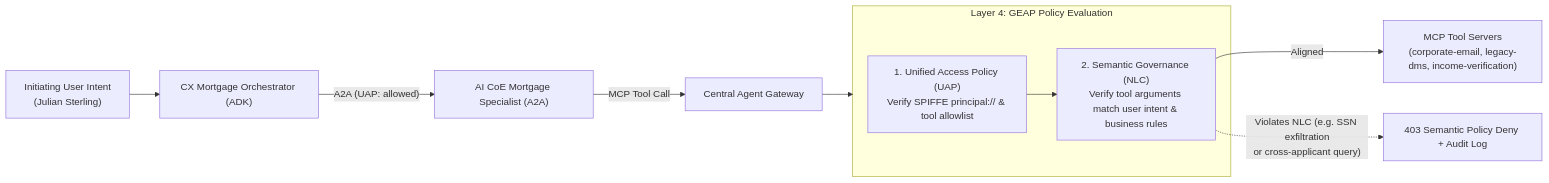
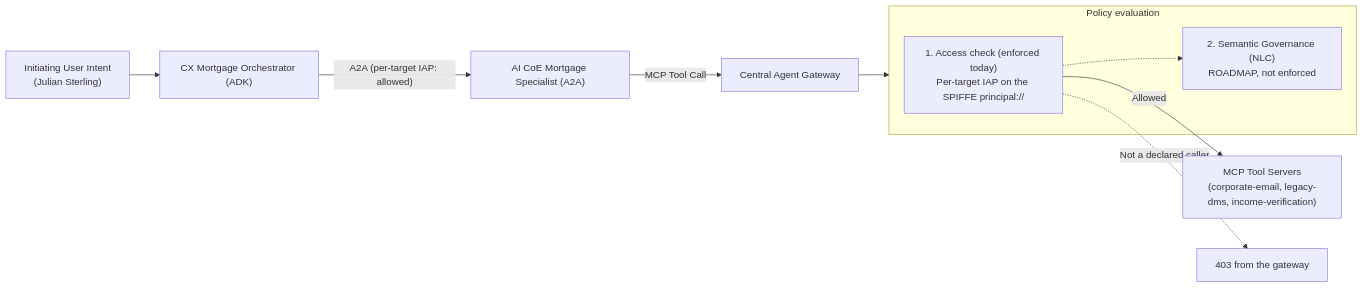
Before and after one commit to google/esmeralda: the third of 3 diagrams in docs/src/3-agentops-and-lifecycle/04-capability-based-governance.md, drawn with Mermaid. The commit also changed other lines of this file and 15 other files, not shown here.

First line of the commit message:
docs(governance): mark semantic governance (NLC) as manifest only, not enforced (#256)

````diff
--- a/docs/src/3-agentops-and-lifecycle/04-capability-based-governance.md
+++ b/docs/src/3-agentops-and-lifecycle/04-capability-based-governance.md
@@ -152,14 +167,14 @@
 ```mermaid
 flowchart LR
     U["Initiating User Intent<br/>(Julian Sterling)"] --> ORCH["CX Mortgage Orchestrator (ADK)"]
-    ORCH -->|"A2A (UAP: allowed)"| SPEC["AI CoE Mortgage Specialist (A2A)"]
+    ORCH -->|"A2A (per-target IAP: allowed)"| SPEC["AI CoE Mortgage Specialist (A2A)"]
     SPEC -->|"MCP Tool Call"| AGW["Central Agent Gateway"]
-    subgraph GEAP["Layer 4: GEAP Policy Evaluation"]
-        UAP["1. Unified Access Policy (UAP)<br/>Verify SPIFFE principal:// & tool allowlist"]
-        NLC["2. Semantic Governance (NLC)<br/>Verify tool arguments match user intent & business rules"]
-        UAP --> NLC
+    subgraph GEAP["Policy evaluation"]
+        UAP["1. Access check (enforced today)<br/>Per-target IAP on the SPIFFE principal://"]
+        NLC["2. Semantic Governance (NLC)<br/>ROADMAP, not enforced"]
+        UAP -.-> NLC
     end
     AGW --> GEAP
-    NLC -->|"Aligned"| MCP["MCP Tool Servers<br/>(corporate-email, legacy-dms, income-verification)"]
-    NLC -.->|"Violates NLC (e.g. SSN exfiltration<br/>or cross-applicant query)"| DENY["403 Semantic Policy Deny + Audit Log"]
+    UAP -->|"Allowed"| MCP["MCP Tool Servers<br/>(corporate-email, legacy-dms, income-verification)"]
+    UAP -.->|"Not a declared caller"| DENY["403 from the gateway"]
 ```
````
